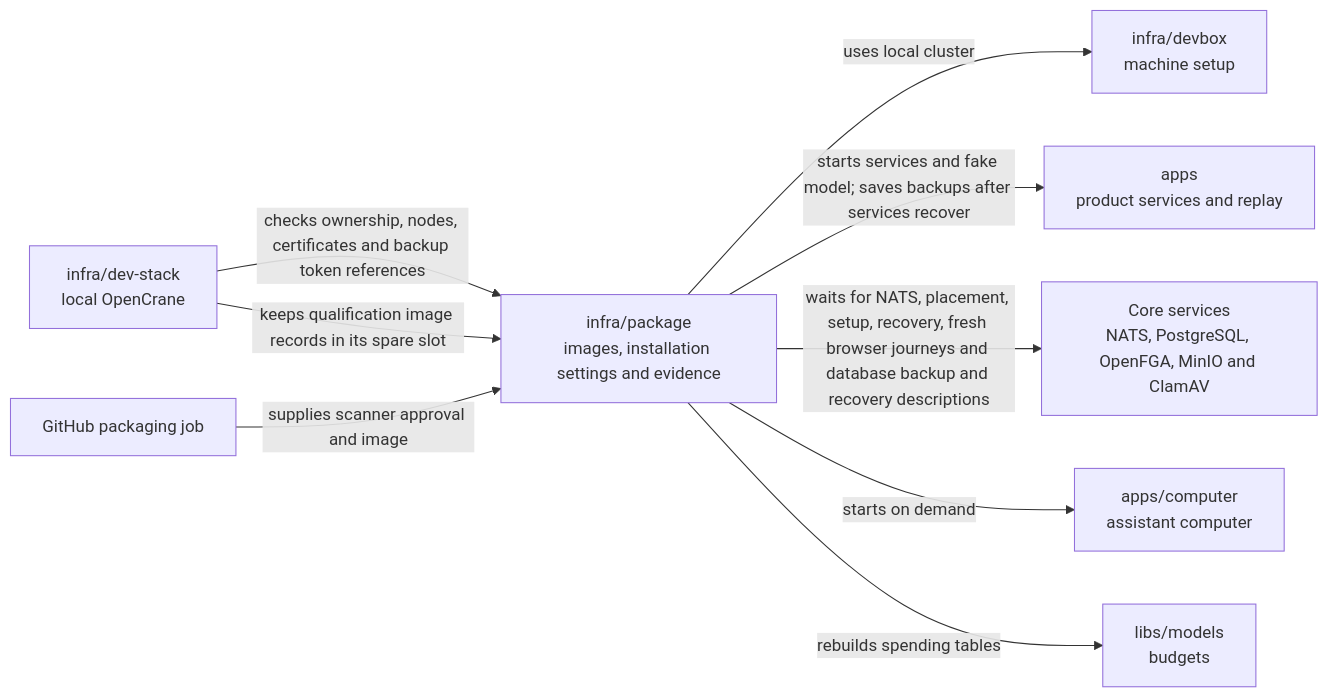
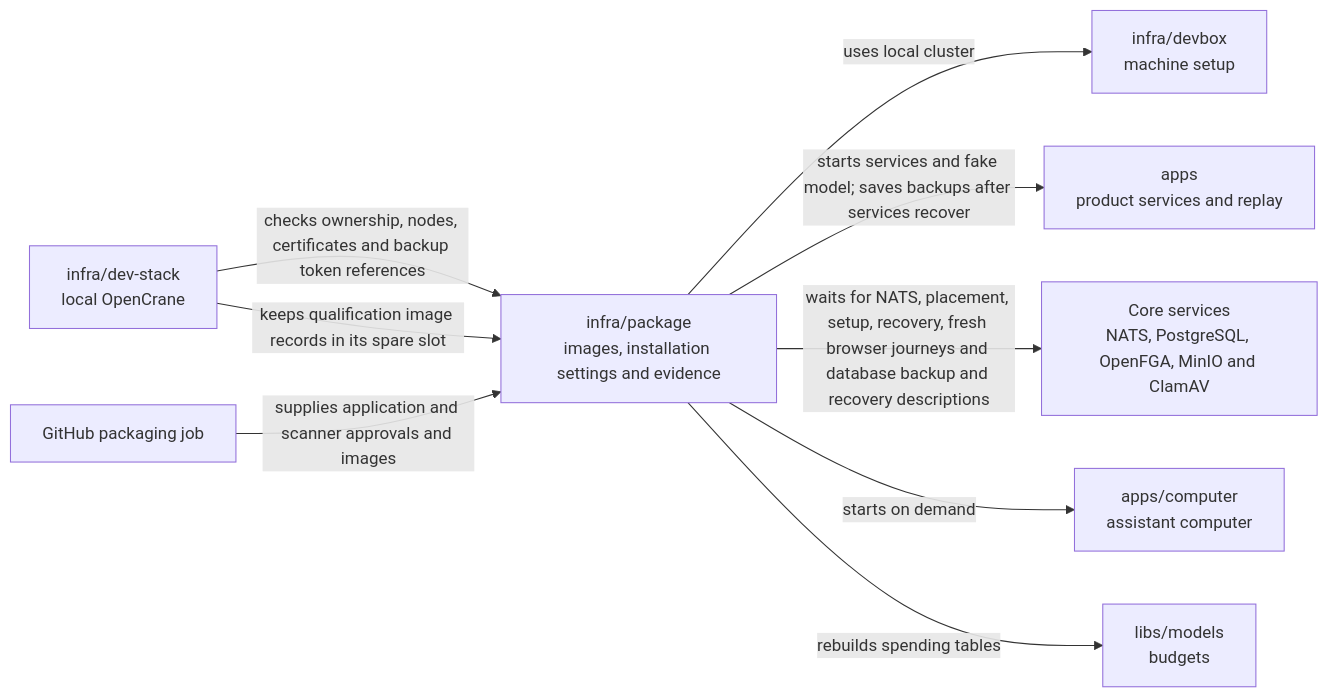
The diagram in infra/package/README.md (elewa-git/opencrane-new), drawn with Mermaid before and after one commit. The commit also changed other lines of this file and 22 other files, not shown here.

Commit message:
🔒 Require CI approval for packaged application images

````diff
--- a/infra/package/README.md
+++ b/infra/package/README.md
@@ -19,11 +19,11 @@
 ```mermaid
 flowchart LR
   stack["infra/dev-stack<br/>local OpenCrane"] -->|checks ownership, nodes, certificates and backup token references| package["infra/package<br/>images, installation settings and evidence"]
   package -->|uses local cluster| devbox["infra/devbox<br/>machine setup"]
   package -->|starts services and fake model; saves backups after services recover| apps["apps<br/>product services and replay"]
-  packaging["GitHub packaging job"] -->|supplies scanner approval and image| package
+  packaging["GitHub packaging job"] -->|supplies application and scanner approvals and images| package
   package -->|waits for NATS, placement, setup, recovery, fresh browser journeys and database backup and recovery descriptions| services["Core services<br/>NATS, PostgreSQL, OpenFGA, MinIO and ClamAV"]
   package -->|starts on demand| computer["apps/computer<br/>assistant computer"]
   package -->|rebuilds spending tables| models["libs/models<br/>budgets"]
   stack -->|keeps qualification image records in its spare slot| package
 ```
````
